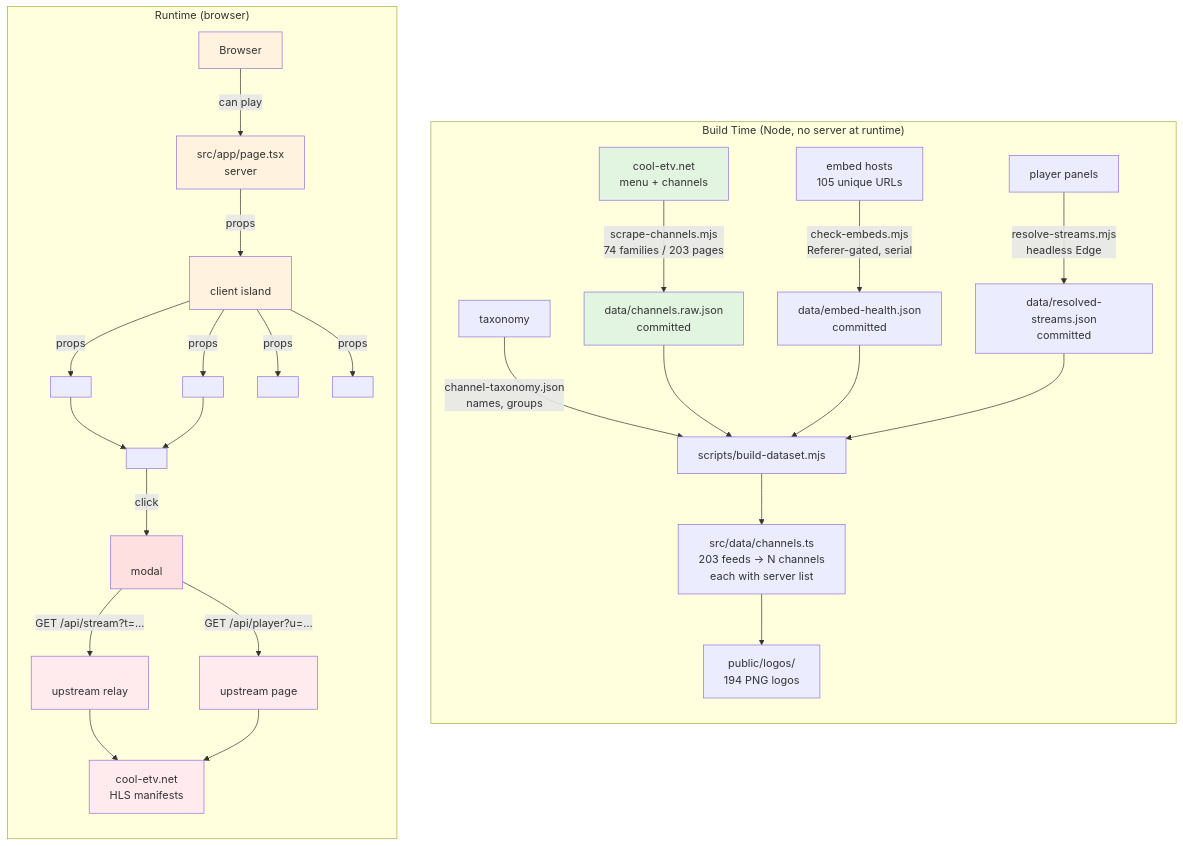
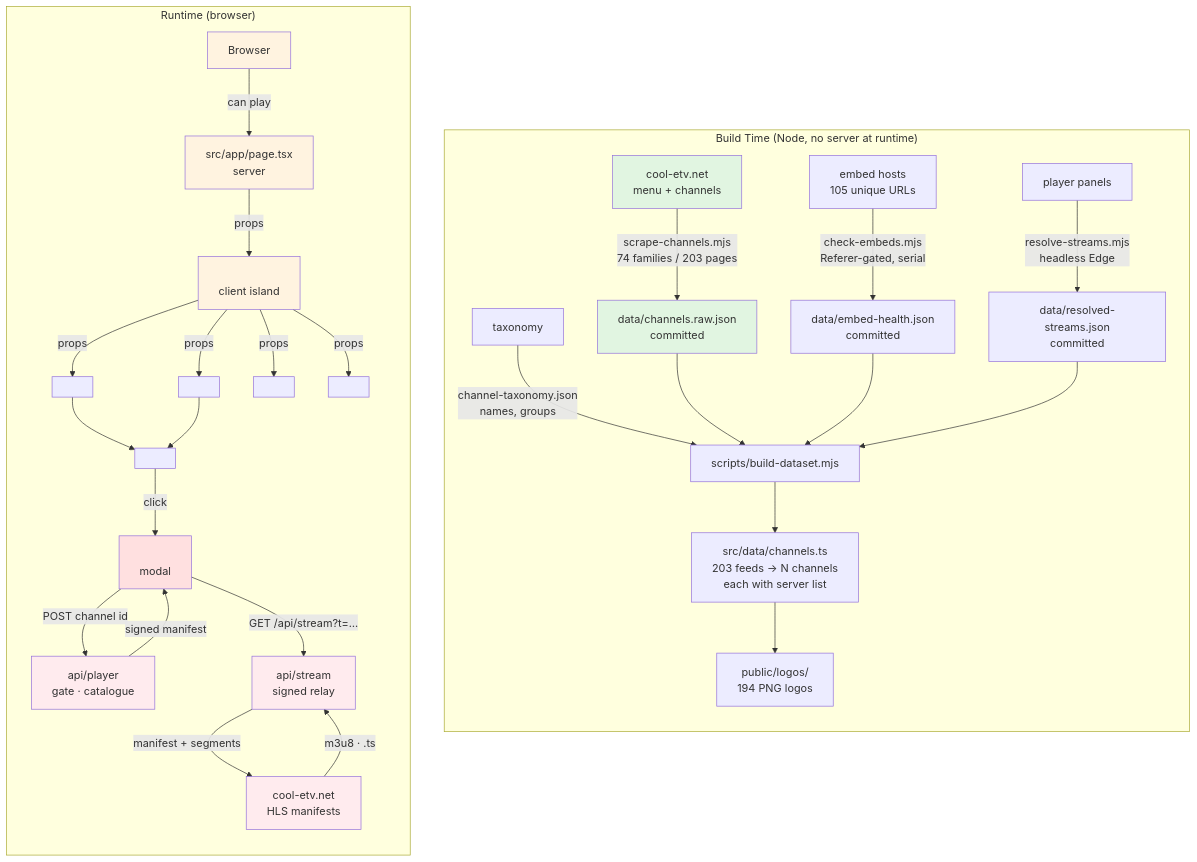
Before and after one commit to collaby-org/acum: the diagram in README.md, drawn with Mermaid. The commit also changed other lines of this file and 15 other files, not shown here.

First line of the commit message:
docs: the delivery log, the proof harnesses and the diagrams

````diff
--- a/README.md
+++ b/README.md
@@ -23,55 +38,55 @@
 ```mermaid
 graph TB
     subgraph "Build Time (Node, no server at runtime)"
         direction TB
-        
+
         A[cool-etv.net<br/>menu + channels] -->|scrape-channels.mjs<br/>74 families / 203 pages| B[data/channels.raw.json<br/>committed]
-        
+
         C[embed hosts<br/>105 unique URLs] -->|check-embeds.mjs<br/>Referer-gated, serial| D[data/embed-health.json<br/>committed]
-        
+
         E[player panels] -->|resolve-streams.mjs<br/>headless Edge| F[data/resolved-streams.json<br/>committed]
-        
+
         G[taxonomy] -->|channel-taxonomy.json<br/>names, groups| G2[scripts/build-dataset.mjs]
-        
+
         B --> G2
         D --> G2
         F --> G2
-        
+
         G2 --> H[src/data/channels.ts<br/>203 feeds → N channels<br/>each with server list]
-        
+
         H --> I[public/logos/<br/>194 PNG logos]
     end
-    
+
     subgraph "Runtime (browser)"
         direction TB
-        
+
         J[Browser] -->|can play| K[src/app/page.tsx<br/>server]
         K -->|props| L[<Browse><br/>client island]
-        
+
         L -->|props| M[<Hero>]
         L -->|props| N[<Rail>]
         L -->|props| O[<ChannelIndex>]
         L -->|props| P[<SearchPanel>]
-        
+
         M --> Q[<ChannelCard>]
         N --> Q
-        
+
         Q -->|click| R[<Player><br/>modal]
-        
-        R -->|GET /api/stream?t=…| S[<api/stream><br/>upstream relay]
-        R -->|GET /api/player?u=…| T[<api/player><br/>upstream page]
-        
-        S --> U[cool-etv.net<br/>HLS manifests]
-        T --> U
+
+        R -->|POST channel id| T[api/player<br/>gate · catalogue]
+        T -->|signed manifest| R
+        R -->|GET /api/stream?t=…| S[api/stream<br/>signed relay]
+        S -->|manifest + segments| U[cool-etv.net<br/>HLS manifests]
+        U -->|m3u8 · .ts| S
     end
-    
+
     style A fill:#e1f5e1
     style B fill:#e1f5e1
     style J fill:#fff3e0
     style K fill:#fff3e0
     style L fill:#fff3e0
     style R fill:#ffe0e0
     style S fill:#ffebee
     style T fill:#ffebee
     style U fill:#ffebee
 ```
````
